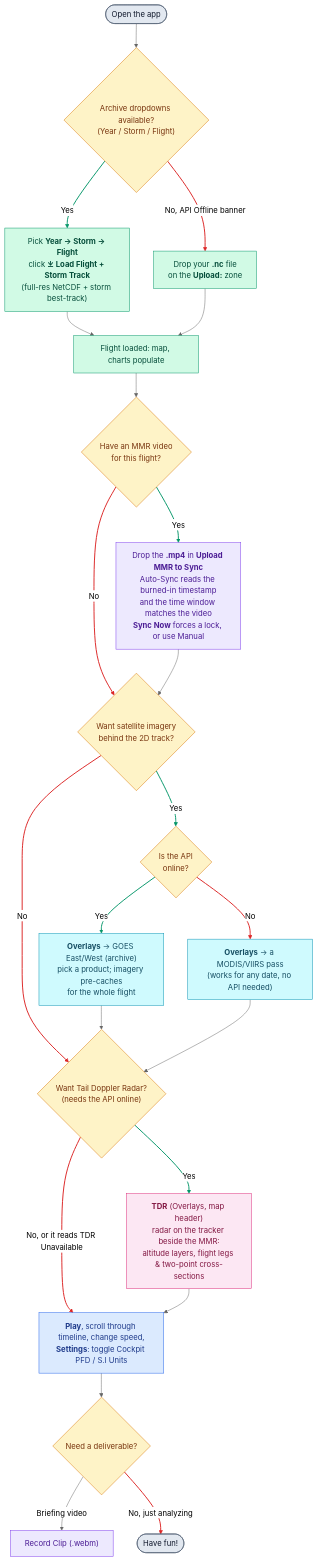
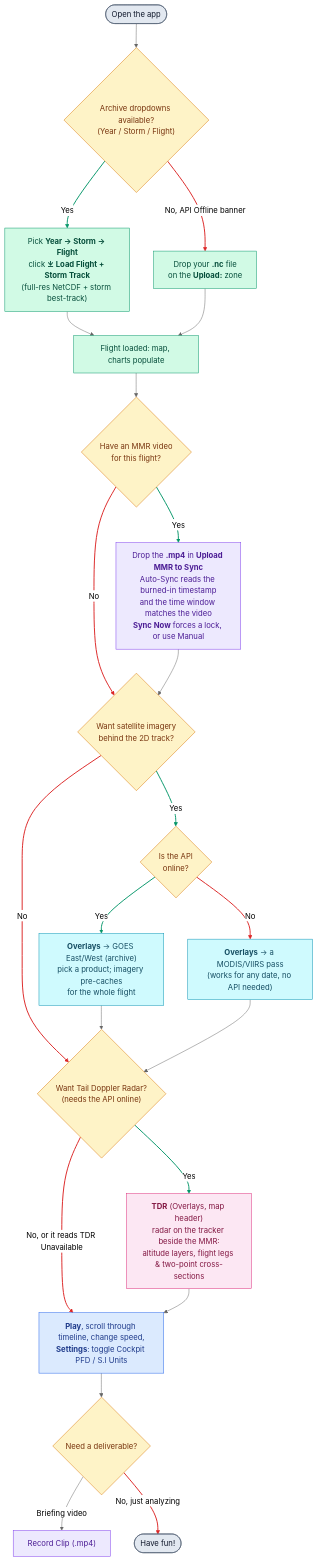
One commit to diegoxb07/AOCVisualizer changed the diagram in README.md. Above: the diagram before and after it, drawn with Mermaid (neutral theme). The commit also changed other lines of this file and 32 other files, not shown here.

Commit message:
Rewrite docs, on-screen text, and comments; Record Clip renders frame by frame to MP4; remove media loading skeletons

````diff
--- a/README.md
+++ b/README.md
@@ -21,42 +16,42 @@
 ```mermaid
 flowchart TD
     START(["Open the app"]) --> ARCHIVE{"Archive dropdowns available?<br>(Year / Storm / Flight)"}
     ARCHIVE -- "Yes" --> LOADARC["Pick <b>Year → Storm → Flight</b><br>click <b>⤓ Load Flight + Storm Track</b><br>(full-res NetCDF + storm best-track)"]
     ARCHIVE -- "No, API Offline banner" --> UPLOAD["Drop your <b>.nc</b> file<br>on the <b>Upload:</b> zone"]
     LOADARC --> LOADED["Flight loaded: map, charts populate"]
     UPLOAD --> LOADED
     LOADED --> MMR{"Have an MMR video<br>for this flight?"}
     MMR -- "Yes" --> VIDEO["Drop the <b>.mp4</b> in <b>Upload MMR to Sync</b><br>Auto-Sync reads the burned-in timestamp<br>and the time window matches the video<br><b>Sync Now</b> forces a lock, or use Manual"]
     MMR -- "No" --> SAT{"Want satellite imagery<br>behind the 2D track?"}
     VIDEO --> SAT
     SAT -- "Yes" --> FROMARC{"Is the API<br>online?"}
     FROMARC -- "Yes" --> SATGOES["<b>Overlays</b> → GOES East/West (archive)<br>pick a product; imagery pre-caches<br>for the whole flight"]
     FROMARC -- "No" --> SATPOLAR["<b>Overlays</b> → a MODIS/VIIRS pass<br>(works for any date, no API needed)"]
     SAT -- "No" --> TDRQ{"Want Tail Doppler Radar?<br>(needs the API online)"}
     SATGOES --> TDRQ
     SATPOLAR --> TDRQ
     TDRQ -- "Yes" --> TDRMODE["<b>TDR</b> (Overlays, map header)<br>radar on the tracker beside the MMR:<br>altitude layers, flight legs & two-point cross-sections"]
     TDRQ -- "No, or it reads TDR Unavailable" --> PLAY["<b>Play</b>, scroll through timeline, change speed,<br><b>Settings</b>: toggle Cockpit PFD / S.I Units"]
     TDRMODE --> PLAY
     PLAY --> EXPORT{"Need a deliverable?"}
-    EXPORT -- "Briefing video" --> CLIP["Record Clip (.webm)"]
+    EXPORT -- "Briefing video" --> CLIP["Record Clip (.mp4)"]
     EXPORT -- "No, just analyzing" --> DONE(["Have fun!"])
 
     classDef decision fill:#fef3c7,stroke:#d97706,color:#78350f
     classDef data fill:#d1fae5,stroke:#059669,color:#064e3b
     classDef mmr fill:#ede9fe,stroke:#7c3aed,color:#4c1d95
     classDef sat fill:#cffafe,stroke:#0891b2,color:#164e63
     classDef tdr fill:#fce7f3,stroke:#db2777,color:#831843
     classDef playback fill:#dbeafe,stroke:#2563eb,color:#1e3a8a
     classDef term fill:#e2e8f0,stroke:#475569,color:#0f172a
     class ARCHIVE,MMR,SAT,FROMARC,TDRQ,EXPORT decision
     class LOADARC,UPLOAD,LOADED data
     class VIDEO,CLIP mmr
     class SATGOES,SATPOLAR sat
     class TDRMODE tdr
     class PLAY playback
     class START,DONE term
     %% linkStyle numbers = edge definition order above; update them if edges are added or reordered
     linkStyle 1,6,9,10,15 stroke:#059669,stroke-width:2px
     linkStyle 2,7,11,12,16,20 stroke:#dc2626,stroke-width:2px
 ```
````
